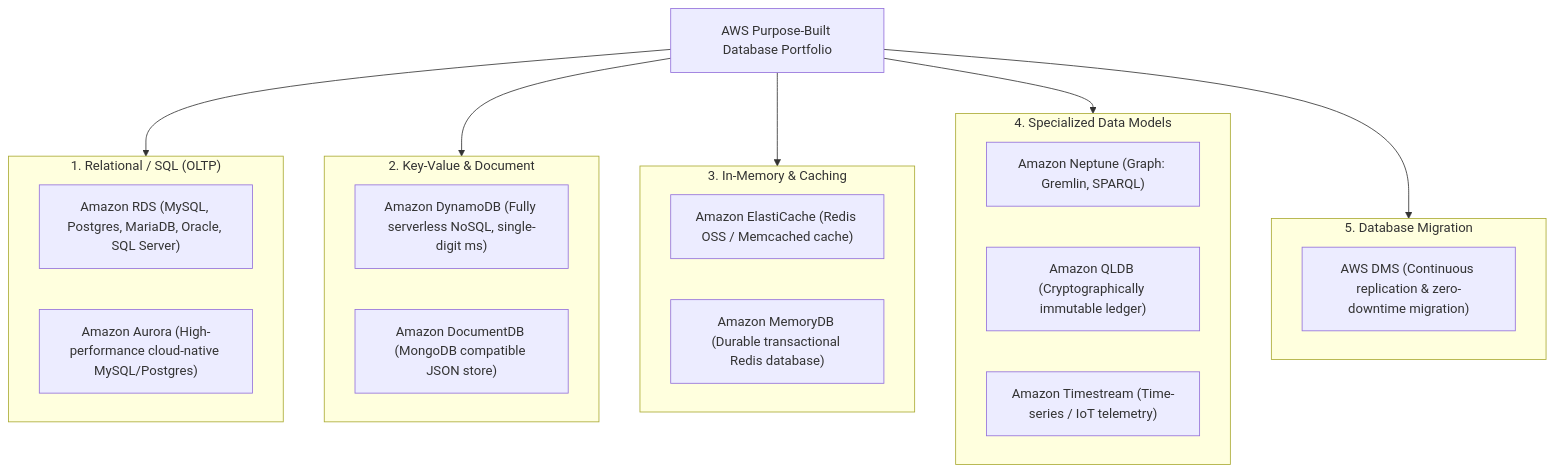
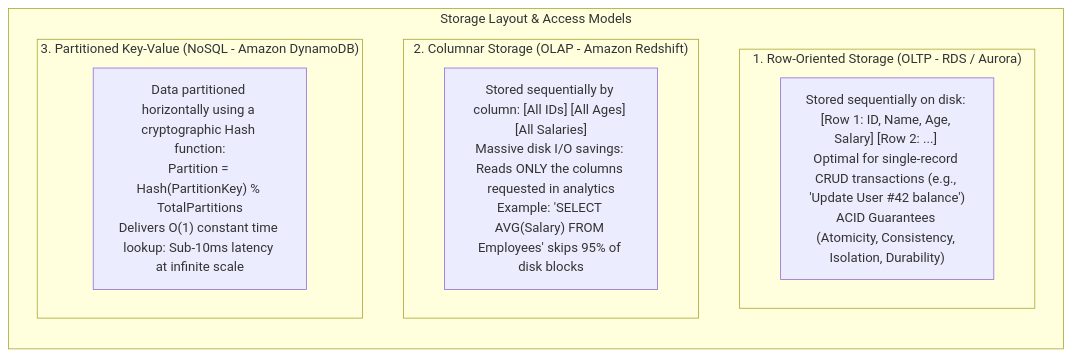
One commit to fakhruldeen/AWS changed the first of 4 diagrams in Cloud/Practitioner/CLF-C02/06_Explanations/03_Technology_and_Services/Database_Services.md. Above: the diagram before and after it, drawn with Mermaid. The commit also changed other lines of this file and 18 other files, not shown here.

````diff
--- a/Cloud/Practitioner/CLF-C02/06_Explanations/03_Technology_and_Services/Database_Services.md
+++ b/Cloud/Practitioner/CLF-C02/06_Explanations/03_Technology_and_Services/Database_Services.md
@@ -23,35 +24,18 @@
 ```mermaid
 flowchart TD
-    Databases["AWS Purpose-Built Database Portfolio"]
-    
-    subgraph Relational["1. Relational / SQL (OLTP)"]
-        RDS["Amazon RDS (MySQL, Postgres, MariaDB, Oracle, SQL Server)"]
-        Aurora["Amazon Aurora (High-performance cloud-native MySQL/Postgres)"]
+    subgraph DataLayout ["Storage Layout & Access Models"]
+        direction TB
+        
+        subgraph RowOriented ["1. Row-Oriented Storage (OLTP - RDS / Aurora)"]
+            R1["Stored sequentially on disk: [Row 1: ID, Name, Age, Salary] [Row 2: ...] <br/>Optimal for single-record CRUD transactions (e.g., 'Update User #42 balance')<br/>ACID Guarantees (Atomicity, Consistency, Isolation, Durability)"]
+        end
+        
+        subgraph Columnar ["2. Columnar Storage (OLAP - Amazon Redshift)"]
+            C1["Stored sequentially by column: [All IDs] [All Ages] [All Salaries]<br/>Massive disk I/O savings: Reads ONLY the columns requested in analytics<br/>Example: 'SELECT AVG(Salary) FROM Employees' skips 95% of disk blocks"]
+        end
+        
+        subgraph KeyValue ["3. Partitioned Key-Value (NoSQL - Amazon DynamoDB)"]
+            K1["Data partitioned horizontally using a cryptographic Hash function:<br/>Partition = Hash(PartitionKey) % TotalPartitions<br/>Delivers O(1) constant time lookup: Sub-10ms latency at infinite scale"]
+        end
     end
-    
-    subgraph NoSQL["2. Key-Value & Document"]
-        DynamoDB["Amazon DynamoDB (Fully serverless NoSQL, single-digit ms)"]
-        DocDB["Amazon DocumentDB (MongoDB compatible JSON store)"]
-    end
-    
-    subgraph In_Memory["3. In-Memory & Caching"]
-        ElastiCache["Amazon ElastiCache (Redis OSS / Memcached cache)"]
-        MemoryDB["Amazon MemoryDB (Durable transactional Redis database)"]
-    end
-    
-    subgraph Specialized["4. Specialized Data Models"]
-        Neptune["Amazon Neptune (Graph: Gremlin, SPARQL)"]
-        QLDB["Amazon QLDB (Cryptographically immutable ledger)"]
-        Timestream["Amazon Timestream (Time-series / IoT telemetry)"]
-    end
-    
-    subgraph Migration["5. Database Migration"]
-        DMS["AWS DMS (Continuous replication & zero-downtime migration)"]
-    end
-    
-    Databases --> Relational
-    Databases --> NoSQL
-    Databases --> In_Memory
-    Databases --> Specialized
-    Databases --> Migration
 ```
````
